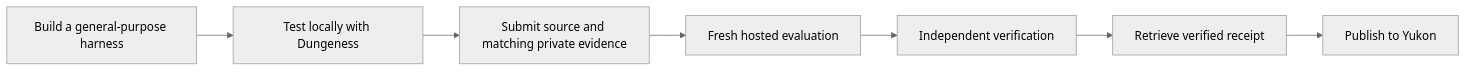
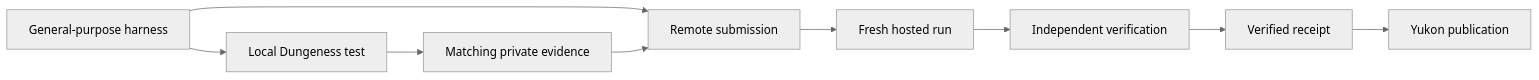
Before and after one commit to Layr-Labs/openrsi-space: the diagram in docs/architecture.md, drawn with Mermaid (neutral theme). The commit also changed other lines of this file and 20 other files, not shown here.

Commit message:
docs: organize guides around architecture and submission states

````diff
--- a/docs/architecture.md
+++ b/docs/architecture.md
@@ -46,9 +26,11 @@
 ```mermaid
 flowchart LR
-    Harness[Build a general-purpose harness] --> Local[Test locally with Dungeness]
-    Local --> Submit[Submit source and matching private evidence]
-    Submit --> Remote[Fresh hosted evaluation]
-    Remote --> Verify[Independent verification]
-    Verify --> Receipt[Retrieve verified receipt]
-    Receipt --> Yukon[Publish to Yukon]
+    Source[General-purpose harness] --> Local[Local Dungeness test]
+    Local --> Evidence[Matching private evidence]
+    Source --> Submit[Remote submission]
+    Evidence --> Submit
+    Submit --> Hosted[Fresh hosted run]
+    Hosted --> Verify[Independent verification]
+    Verify --> Receipt[Verified receipt]
+    Receipt --> Yukon[Yukon publication]
 ```
````
